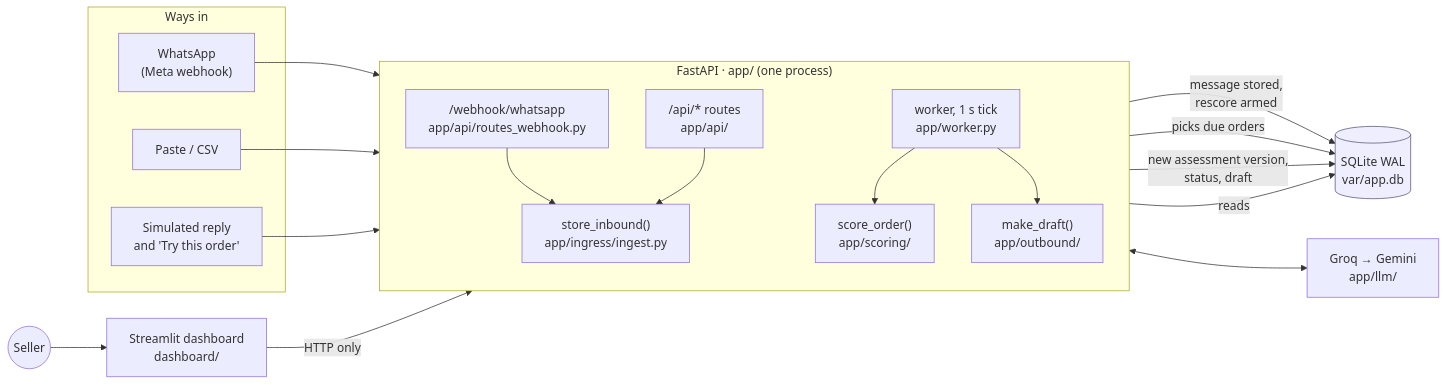
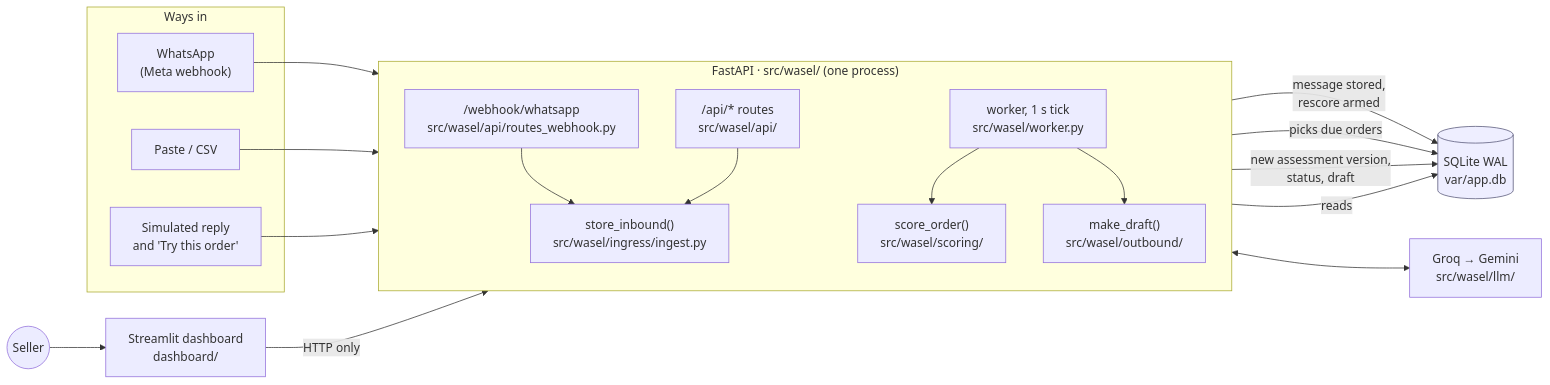
One commit to omarbounawarapy/wasel changed the first of 7 diagrams in docs/architecture.md. Above: the diagram before and after it, drawn with Mermaid. The commit also changed other lines of this file and 218 other files, not shown here.

First line of the commit message:
Restructure repository into src/wasel package layout

````diff
--- a/docs/architecture.md
+++ b/docs/architecture.md
@@ -26,39 +26,39 @@
 ```mermaid
 flowchart LR
     subgraph in["Ways in"]
         WA["WhatsApp<br/>(Meta webhook)"]
         PASTE["Paste / CSV"]
         SIM["Simulated reply<br/>and 'Try this order'"]
     end
 
-    subgraph api["FastAPI · app/ (one process)"]
+    subgraph api["FastAPI · src/wasel/ (one process)"]
         direction TB
-        ROUTES["/api/* routes<br/>app/api/"]
-        HOOK["/webhook/whatsapp<br/>app/api/routes_webhook.py"]
-        INGEST["store_inbound()<br/>app/ingress/ingest.py"]
-        WORKER["worker, 1 s tick<br/>app/worker.py"]
-        SCORE["score_order()<br/>app/scoring/"]
-        DRAFT["make_draft()<br/>app/outbound/"]
+        ROUTES["/api/* routes<br/>src/wasel/api/"]
+        HOOK["/webhook/whatsapp<br/>src/wasel/api/routes_webhook.py"]
+        INGEST["store_inbound()<br/>src/wasel/ingress/ingest.py"]
+        WORKER["worker, 1 s tick<br/>src/wasel/worker.py"]
+        SCORE["score_order()<br/>src/wasel/scoring/"]
+        DRAFT["make_draft()<br/>src/wasel/outbound/"]
     end
 
     DB[("SQLite WAL<br/>var/app.db")]
-    LLM["Groq → Gemini<br/>app/llm/"]
+    LLM["Groq → Gemini<br/>src/wasel/llm/"]
     UI["Streamlit dashboard<br/>dashboard/"]
     SELLER(("Seller"))
 
     WA --> HOOK --> INGEST
     PASTE --> ROUTES
     SIM --> ROUTES
     ROUTES --> INGEST
     INGEST -- "message stored,<br/>rescore armed" --> DB
     WORKER -- "picks due orders" --> DB
     WORKER --> SCORE
     SCORE <--> LLM
     WORKER --> DRAFT
     WORKER -- "new assessment version,<br/>status, draft" --> DB
     ROUTES -- reads --> DB
     SELLER --> UI -- "HTTP only" --> ROUTES
 
     classDef store fill:#eef,stroke:#557;
     class DB store;
 ```
````
